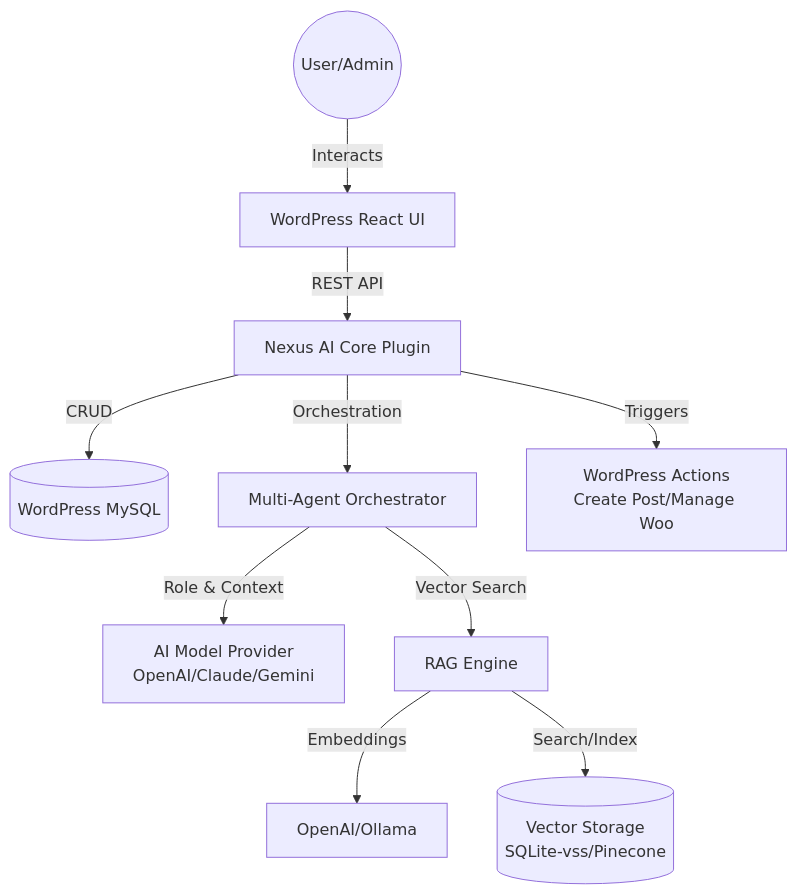
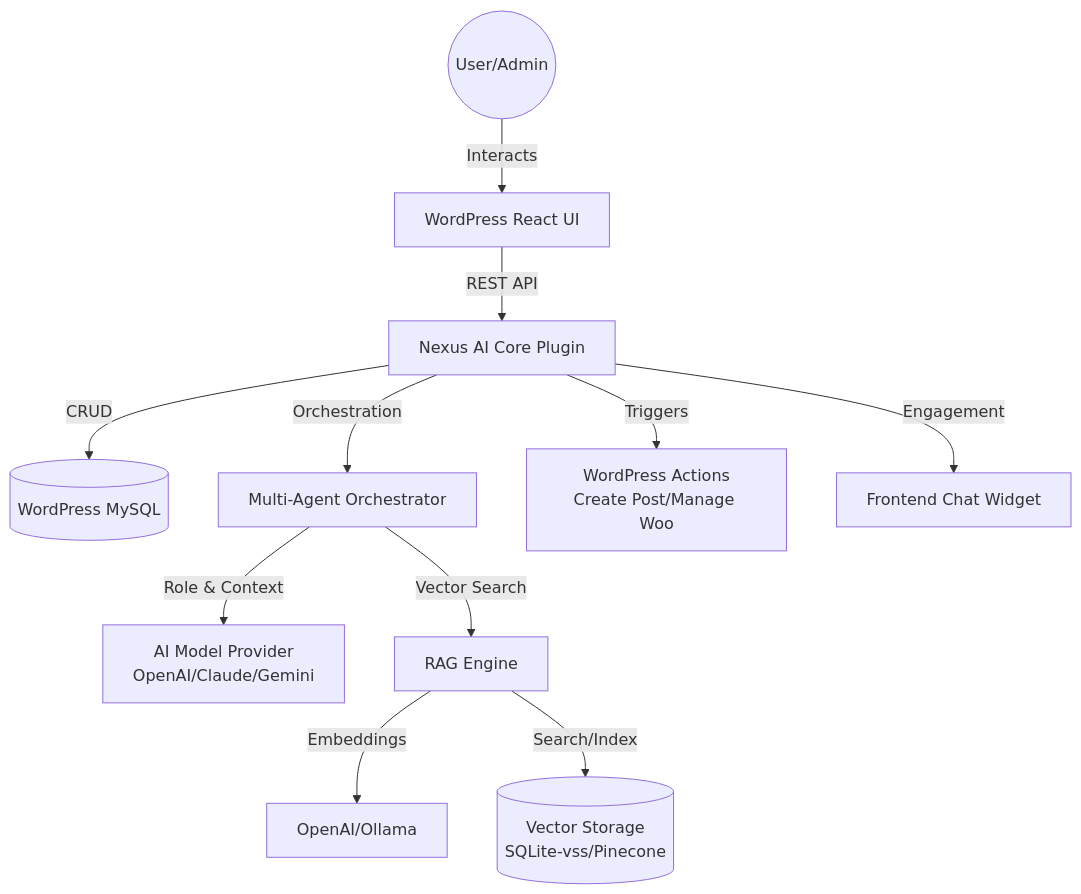
The diagram in project-docs/architecture/System_Architecture.md (rossdalangin/aibrain), drawn with Mermaid before and after one commit. The commit also changed other lines of this file and 10 other files, not shown here.

````diff
--- a/project-docs/architecture/System_Architecture.md
+++ b/project-docs/architecture/System_Architecture.md
@@ -6,15 +6,16 @@
 ```mermaid
 graph TD
     User((User/Admin)) -->|Interacts| WP_UI[WordPress React UI]
     WP_UI -->|REST API| WP_Core[Nexus AI Core Plugin]
     WP_Core -->|CRUD| WP_DB[(WordPress MySQL)]
     WP_Core -->|Orchestration| AI_Orchestrator[Multi-Agent Orchestrator]
 
     AI_Orchestrator -->|Role & Context| AI_Provider[AI Model Provider<br/>OpenAI/Claude/Gemini]
     AI_Orchestrator -->|Vector Search| RAG_Engine[RAG Engine]
 
     RAG_Engine -->|Embeddings| Embedding_API[OpenAI/Ollama]
     RAG_Engine -->|Search/Index| Vector_DB[(Vector Storage<br/>SQLite-vss/Pinecone)]
 
     WP_Core -->|Triggers| WP_Actions[WordPress Actions<br/>Create Post/Manage Woo]
+    WP_Core -->|Engagement| Frontend_Widget[Frontend Chat Widget]
 ```
````
